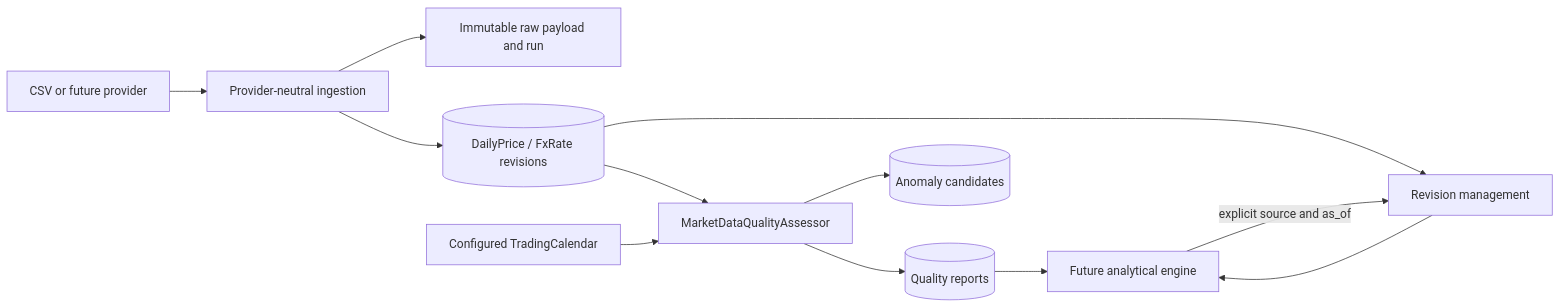
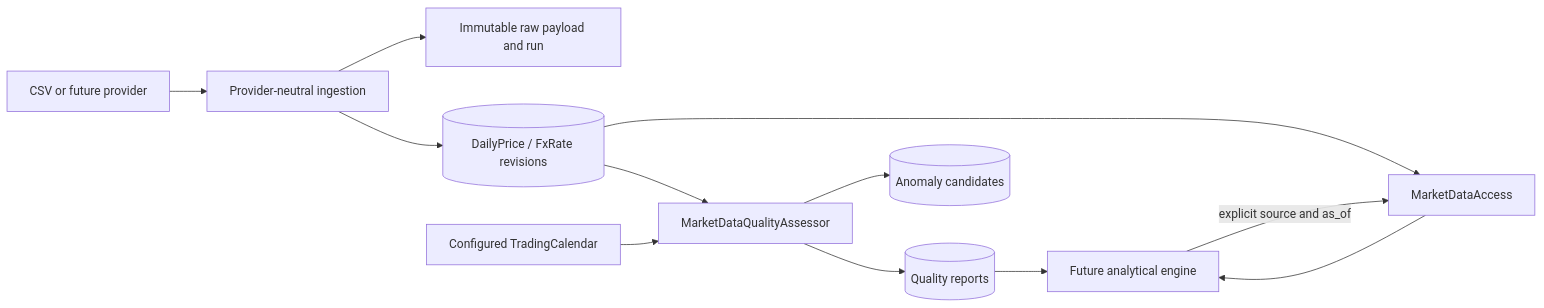
Before and after one commit to yanqzhi/CycleScore: the diagram in docs/ENGINE_SPEC.md, drawn with Mermaid. The commit also changed other lines of this file and 14 other files, not shown here.

Commit message:
Market Data Access Layer & Point-in-Time Query Foundation

````diff
--- a/docs/ENGINE_SPEC.md
+++ b/docs/ENGINE_SPEC.md
@@ -9,14 +9,14 @@
 ```mermaid
 flowchart LR
     Provider[CSV or future provider] --> Ingestion[Provider-neutral ingestion]
     Ingestion --> Raw[Immutable raw payload and run]
     Ingestion --> Market[(DailyPrice / FxRate revisions)]
     Market --> Assess[MarketDataQualityAssessor]
     Calendar[Configured TradingCalendar] --> Assess
     Assess --> Reports[(Quality reports)]
     Assess --> Anomalies[(Anomaly candidates)]
-    Market --> Query[Revision management]
+    Market --> Query[MarketDataAccess]
     Reports --> Consumer[Future analytical engine]
     Query --> Consumer
     Consumer -->|explicit source and as_of| Query
 ```
````
